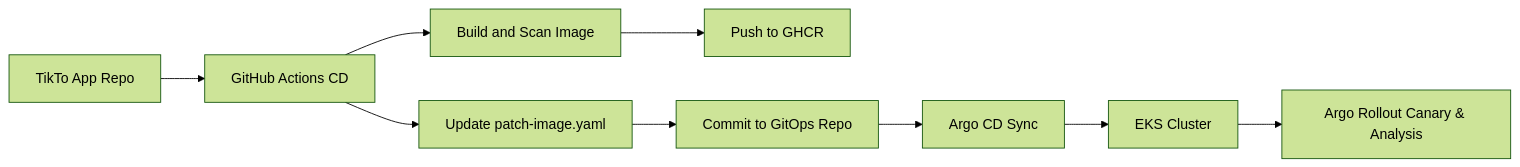
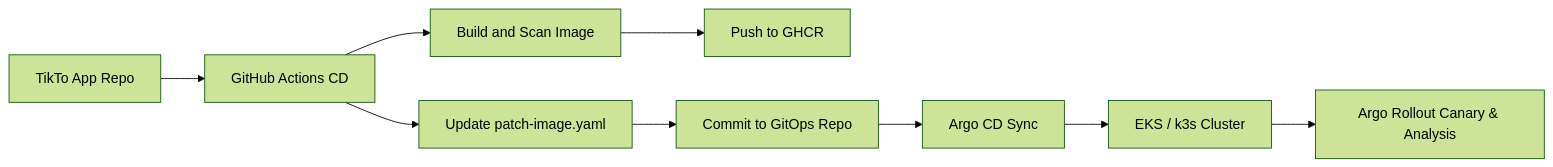
The diagram in README.md (flavoriy/gitops-manifest), drawn with Mermaid (forest theme) before and after one commit. The commit also changed other lines of this file and 4 other files, not shown here.

First line of the commit message:
docs: add infra helm chart ArgoCD apps and complete README bootstrap guide

````diff
--- a/README.md
+++ b/README.md
@@ -9,11 +9,11 @@
 ```mermaid
 flowchart LR
     AppRepo[TikTo App Repo] --> CD[GitHub Actions CD]
     CD --> Image[Build and Scan Image]
     Image --> GHCR[Push to GHCR]
     CD --> Patch[Update patch-image.yaml]
     Patch --> GitOps[Commit to GitOps Repo]
     GitOps --> Argo[Argo CD Sync]
-    Argo --> K8s[EKS Cluster]
+    Argo --> K8s[EKS / k3s Cluster]
     K8s --> Rollout[Argo Rollout Canary & Analysis]
 ```
````
